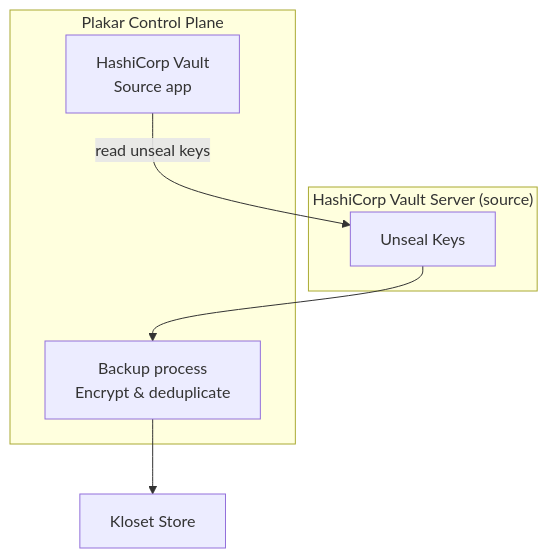
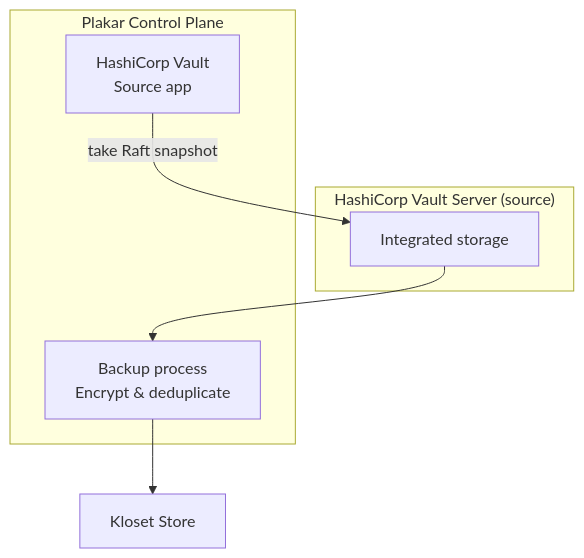
The first of 2 diagrams in content/docs/control-plane/resources/security/vault.md (PlakarKorp/plakar.io), drawn with Mermaid before and after one commit. The commit also changed other lines of this file, not shown here.

Commit message:
describe vault resource as a raft snapshot backup

```diff
--- a/content/docs/control-plane/resources/security/vault.md
+++ b/content/docs/control-plane/resources/security/vault.md
@@ -41,17 +44,17 @@
 {{< mermaid >}}
 flowchart TD
   subgraph Vault["HashiCorp Vault Server (source)"]
-    Keys["Unseal Keys"]
+    Data["Integrated storage"]
   end
 
   subgraph Plakar["Plakar Control Plane"]
     Source["HashiCorp Vault<br/>Source app"]
     Backup["Backup process<br/>Encrypt & deduplicate"]
   end
 
   Store["Kloset Store"]
 
-  Source -->|"read unseal keys"| Keys
-  Keys --> Backup
+  Source -->|"take Raft snapshot"| Data
+  Data --> Backup
   Backup --> Store
 {{< /mermaid >}}
```
